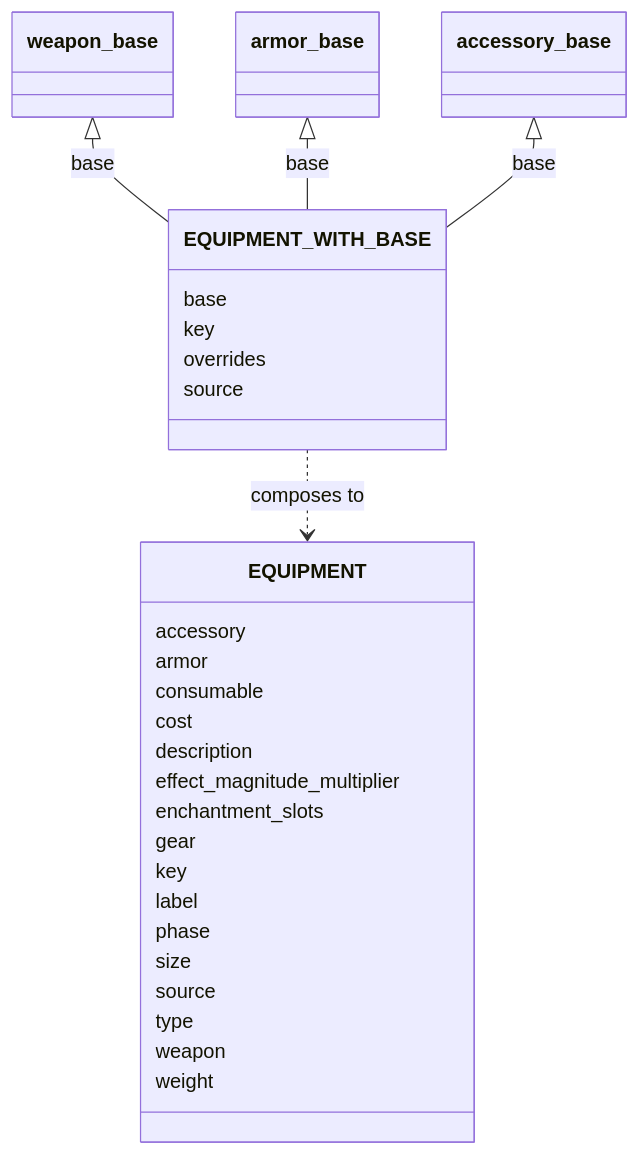
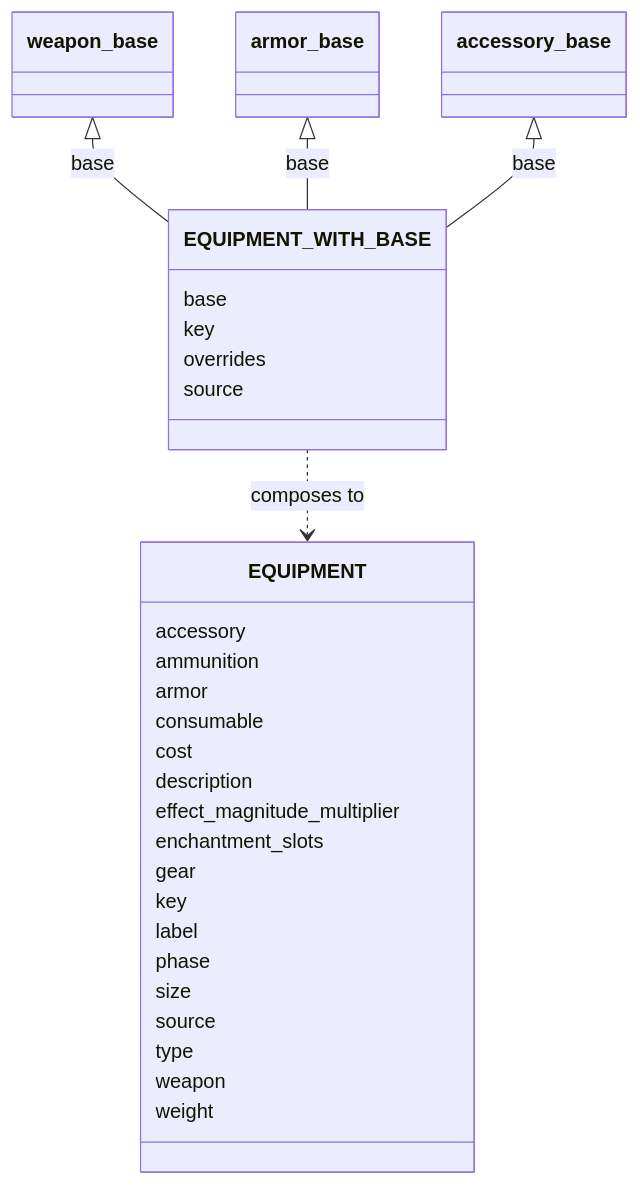
One commit to SETA1609/riftweave-core changed the first of 7 diagrams in docs/core/composition-diagram.md. Above: the diagram before and after it, drawn with Mermaid. The commit also changed 305 other files, not shown here.

````diff
--- a/docs/core/composition-diagram.md
+++ b/docs/core/composition-diagram.md
@@ -21,34 +21,35 @@
 ```mermaid
 classDiagram
     class EQUIPMENT {
         accessory
+        ammunition
         armor
         consumable
         cost
         description
         effect_magnitude_multiplier
         enchantment_slots
         gear
         key
         label
         phase
         size
         source
         type
         weapon
         weight
     }
     class weapon_base
     class armor_base
     class accessory_base
     class EQUIPMENT_WITH_BASE {
         base
         key
         overrides
         source
     }
     weapon_base <|-- EQUIPMENT_WITH_BASE : base
     armor_base <|-- EQUIPMENT_WITH_BASE : base
     accessory_base <|-- EQUIPMENT_WITH_BASE : base
     EQUIPMENT_WITH_BASE ..> EQUIPMENT : composes to
 ```
````
